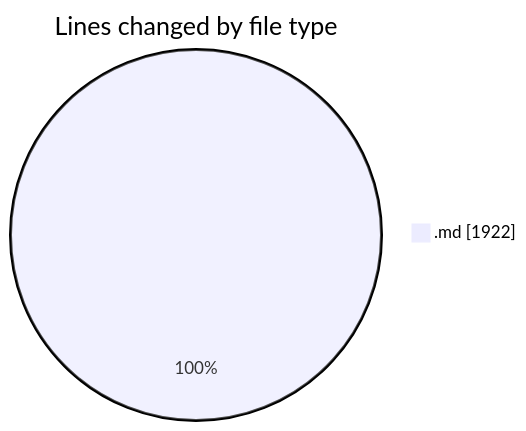
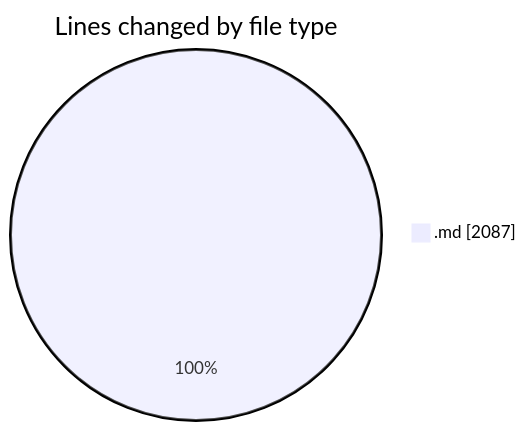
The first of 2 diagrams in 2025-07-07/urlwebwala_intership_work/README.md (Ritupan-Deka/code-tracking), drawn with Mermaid before and after one commit. The commit also changed other lines of this file and 1 other file, not shown here.

````diff
--- a/2025-07-07/urlwebwala_intership_work/README.md
+++ b/2025-07-07/urlwebwala_intership_work/README.md
@@ -22,5 +22,5 @@
 ```mermaid
 pie showData
 title Lines changed by file type
-".md" : 1922
+".md" : 2087
 ```
````
